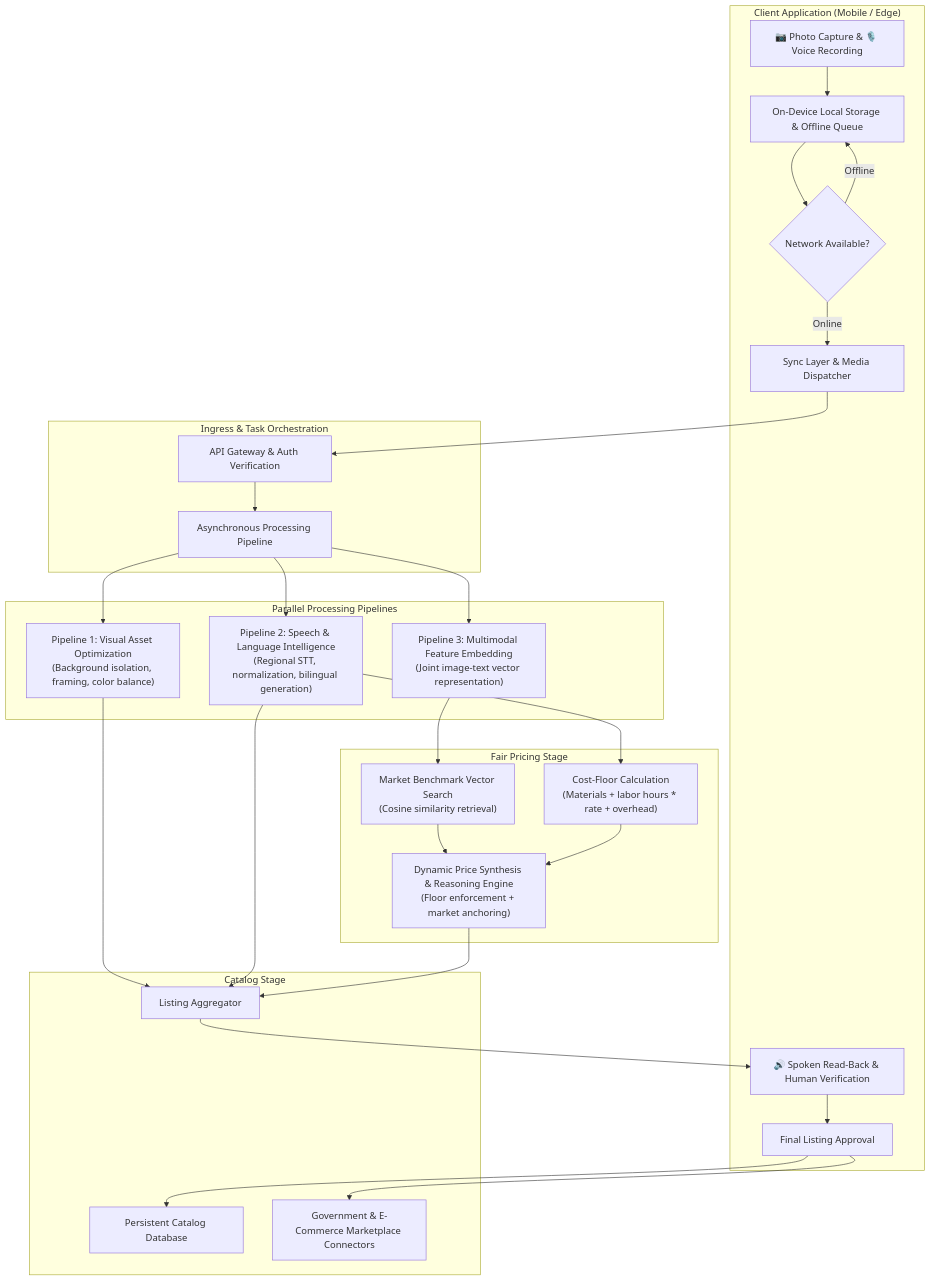
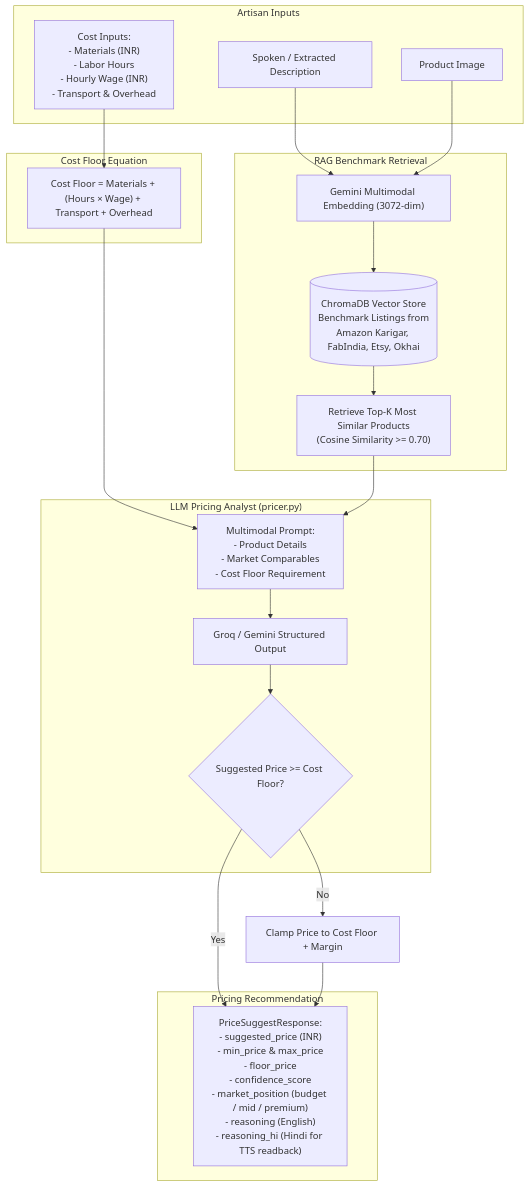
One commit to kan9667/kalasetu changed the ninth of 11 diagrams in docs/ARCHITECTURE.md. Above: the diagram before and after it, drawn with Mermaid. The commit also changed other lines of this file, not shown here.

````diff
--- a/docs/ARCHITECTURE.md
+++ b/docs/ARCHITECTURE.md
@@ -11,37 +689,37 @@
 ```mermaid
 flowchart TD
-    subgraph Client ["Client Application (Mobile / Edge)"]
-        A["📷 Photo Capture & 🎙️ Voice Recording"] --> B["On-Device Local Storage & Offline Queue"]
-        B --> C{"Network Available?"}
-        C -- "Offline" --> B
-        C -- "Online" --> D["Sync Layer & Media Dispatcher"]
-        V["🔊 Spoken Read-Back & Human Verification"] --> W["Final Listing Approval"]
+    subgraph Inputs ["Artisan Inputs"]
+        Desc["Spoken / Extracted Description"]
+        Img["Product Image"]
+        Costs["Cost Inputs:\n- Materials (INR)\n- Labor Hours\n- Hourly Wage (INR)\n- Transport & Overhead"]
     end
 
-    subgraph SyncAndQueue ["Ingress & Task Orchestration"]
-        D --> E["API Gateway & Auth Verification"]
-        E --> F["Asynchronous Processing Pipeline"]
+    subgraph CostMath ["Cost Floor Equation"]
+        Floor["Cost Floor = Materials + (Hours × Wage) + Transport + Overhead"]
     end
 
-    subgraph ParallelProcessing ["Parallel Processing Pipelines"]
-        F --> G["Pipeline 1: Visual Asset Optimization\n(Background isolation, framing, color balance)"]
-        F --> H["Pipeline 2: Speech & Language Intelligence\n(Regional STT, normalization, bilingual generation)"]
-        F --> I["Pipeline 3: Multimodal Feature Embedding\n(Joint image-text vector representation)"]
+    subgraph RAG_Engine ["RAG Benchmark Retrieval"]
+        Embed["Gemini Multimodal Embedding (3072-dim)"]
+        Chroma[("ChromaDB Vector Store\nBenchmark Listings from\nAmazon Karigar, FabIndia, Etsy, Okhai")]
+        TopK["Retrieve Top-K Most Similar Products\n(Cosine Similarity >= 0.70)"]
+        Embed --> Chroma --> TopK
     end
 
-    subgraph PricingEngine ["Fair Pricing Stage"]
-        I --> J["Market Benchmark Vector Search\n(Cosine similarity retrieval)"]
-        H --> K["Cost-Floor Calculation\n(Materials + labor hours * rate + overhead)"]
-        J --> L["Dynamic Price Synthesis & Reasoning Engine\n(Floor enforcement + market anchoring)"]
-        K --> L
+    subgraph LLM_Reasoning ["LLM Pricing Analyst (pricer.py)"]
+        Prompt["Multimodal Prompt:\n- Product Details\n- Market Comparables\n- Cost Floor Requirement"]
+        Inference["Groq / Gemini Structured Output"]
+        InvariantCheck{"Suggested Price >= Cost Floor?"}
+        Prompt --> Inference --> InvariantCheck
     end
 
-    subgraph CatalogAndApproval ["Catalog Stage"]
-        G --> M["Listing Aggregator"]
-        H --> M
-        L --> M
-        M --> V
-        W --> N["Persistent Catalog Database"]
-        W --> O["Government & E-Commerce Marketplace Connectors"]
+    subgraph FinalResult ["Pricing Recommendation"]
+        Output["PriceSuggestResponse:\n- suggested_price (INR)\n- min_price & max_price\n- floor_price\n- confidence_score\n- market_position (budget / mid / premium)\n- reasoning (English)\n- reasoning_hi (Hindi for TTS readback)"]
     end
+
+    Desc & Img --> Embed
+    Costs --> Floor
+    Floor --> Prompt
+    TopK --> Prompt
+    InvariantCheck -- Yes --> Output
+    InvariantCheck -- No --> EnforceFloor["Clamp Price to Cost Floor + Margin"] --> Output
 ```
````
